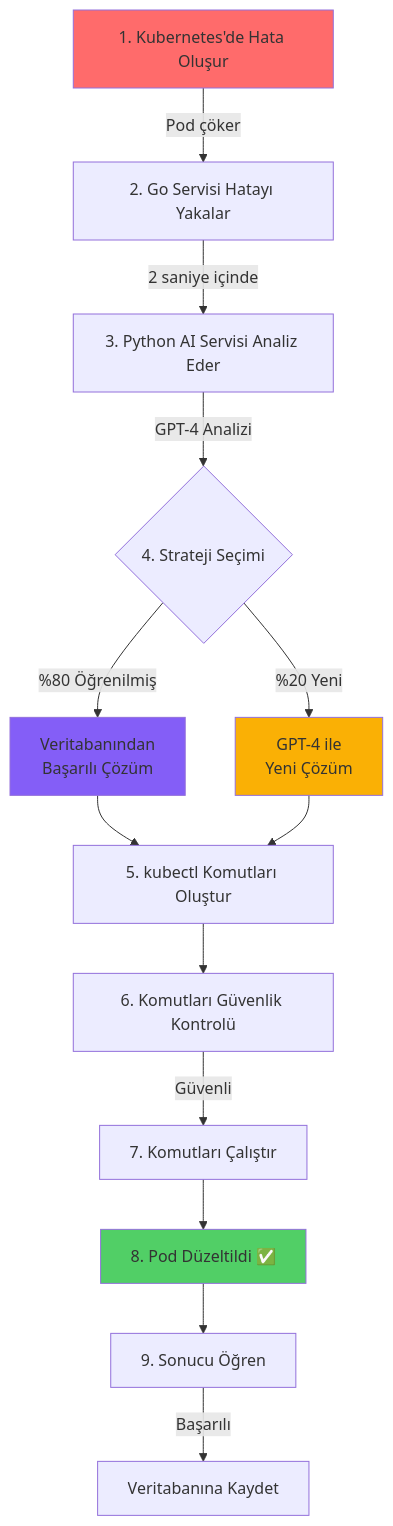
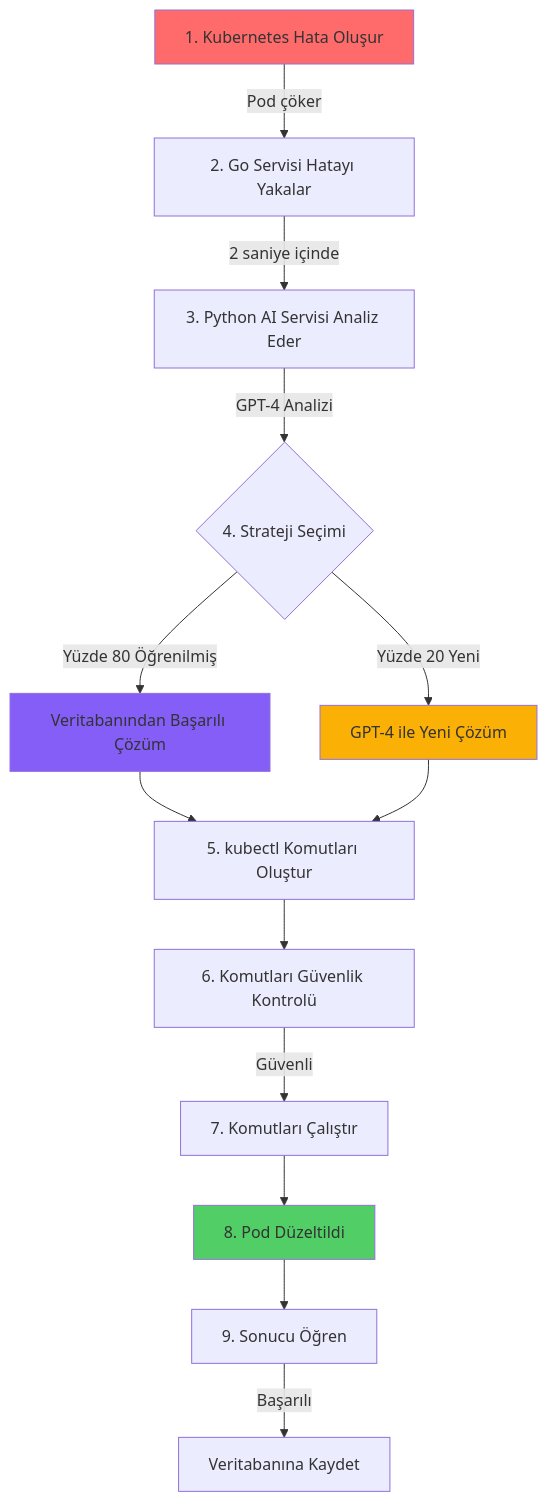
The first of 3 diagrams in README.md (mmsuerkan/kubernetes-thesis), drawn with Mermaid before and after one commit. The commit also changed other lines of this file, not shown here.

Commit message:
fix: Mermaid diagram syntax - remove line breaks and special characters

````diff
--- a/README.md
+++ b/README.md
@@ -48,24 +48,24 @@
 ```mermaid
 graph TD
-    A[1. Kubernetes'de Hata Oluşur] -->|Pod çöker| B[2. Go Servisi Hatayı Yakalar]
+    A[1. Kubernetes Hata Oluşur] -->|Pod çöker| B[2. Go Servisi Hatayı Yakalar]
     B -->|2 saniye içinde| C[3. Python AI Servisi Analiz Eder]
     C -->|GPT-4 Analizi| D{4. Strateji Seçimi}
     
-    D -->|%80 Öğrenilmiş| E[Veritabanından<br/>Başarılı Çözüm]
-    D -->|%20 Yeni| F[GPT-4 ile<br/>Yeni Çözüm]
+    D -->|Yüzde 80 Öğrenilmiş| E[Veritabanından Başarılı Çözüm]
+    D -->|Yüzde 20 Yeni| F[GPT-4 ile Yeni Çözüm]
     
     E --> G[5. kubectl Komutları Oluştur]
     F --> G
     
     G --> H[6. Komutları Güvenlik Kontrolü]
     H -->|Güvenli| I[7. Komutları Çalıştır]
-    I --> J[8. Pod Düzeltildi ✅]
+    I --> J[8. Pod Düzeltildi]
     
     J --> K[9. Sonucu Öğren]
     K -->|Başarılı| L[Veritabanına Kaydet]
     
     style A fill:#ff6b6b
     style J fill:#51cf66
     style E fill:#845ef7
     style F fill:#fab005
 ```
````
